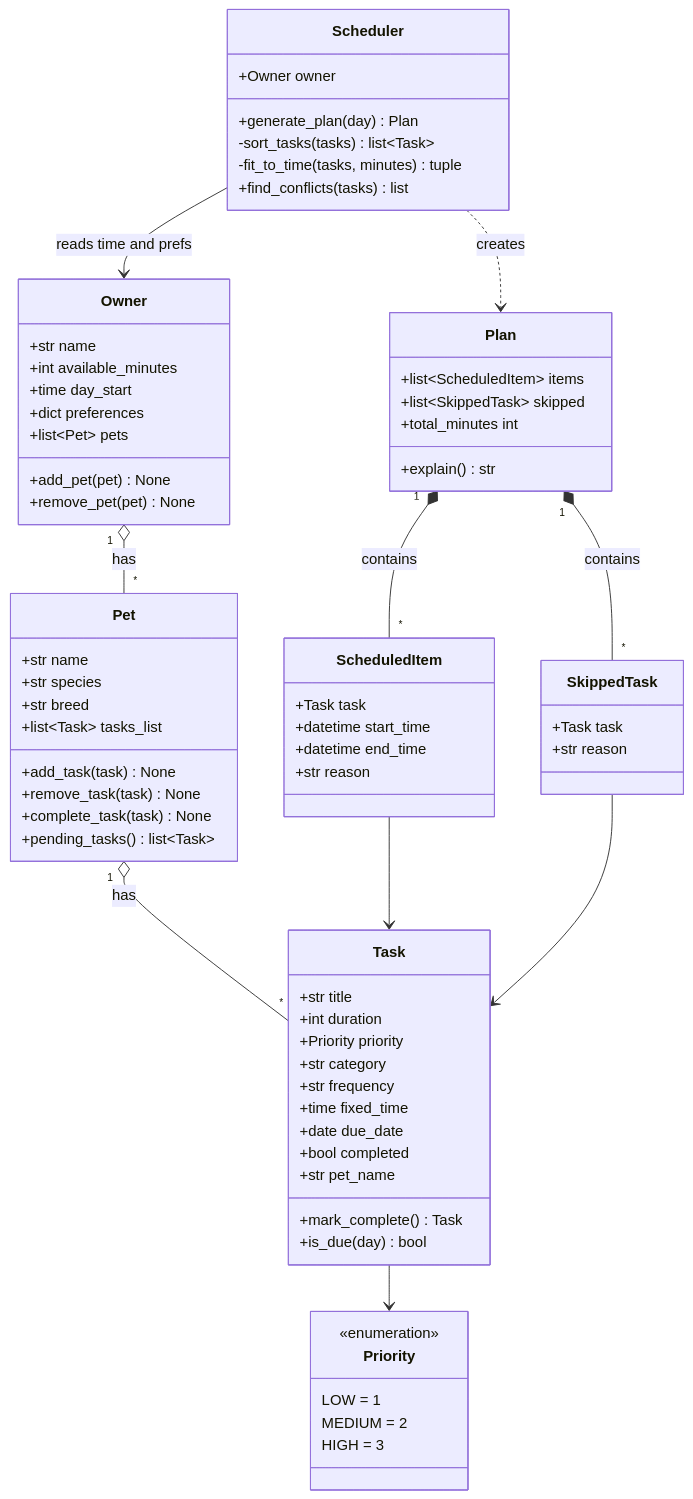
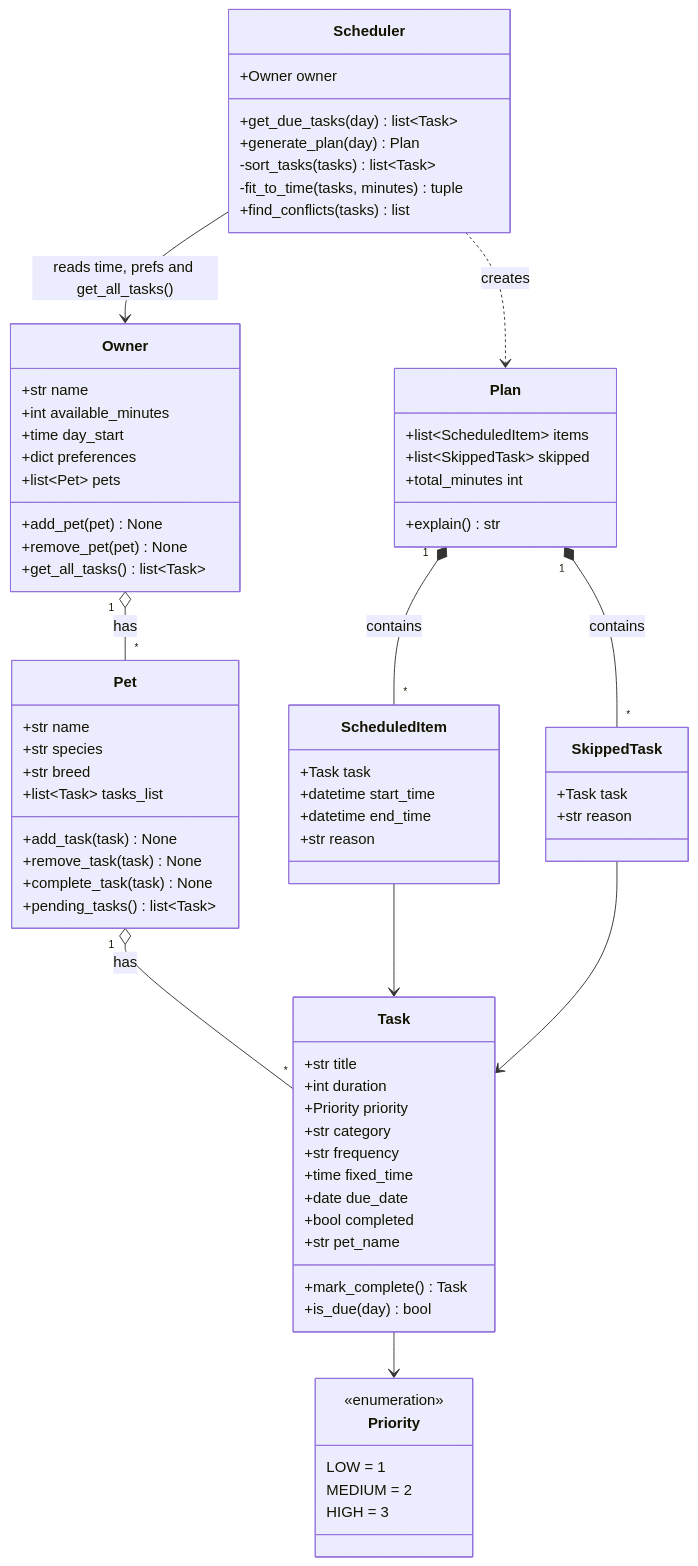
One commit to pelumiolutimehin/ai110-module2show-pawpal-starter changed the diagram in diagrams/uml.mmd. Above: the diagram before and after it, drawn with Mermaid. The commit also changed 1 other file, not shown here.

Commit message:
feat: implement Task, Pet, Owner and Scheduler logic
- Task: validate input; mark_complete returns the next occurrence on a
  fixed schedule (never in the past); is_due checks completion and due date
- Pet: add/remove/complete tasks, pending_tasks; add_task stamps pet_name
- Owner: add/remove pets (unique names), get_all_tasks across all pets
- Scheduler: read due tasks via Owner.get_all_tasks, resolve fixed-time
  conflicts by priority, fit tasks to available minutes, and place flexible
  tasks in the earliest free gap
- Update UML for get_all_tasks and get_due_tasks

```diff
--- a/diagrams/uml.mmd
+++ b/diagrams/uml.mmd
@@ -1,81 +1,83 @@
 classDiagram
     %% Draft v2 - keep updated so it matches the final implementation.
 
     class Priority {
         <<enumeration>>
         LOW = 1
         MEDIUM = 2
         HIGH = 3
     }
 
     class Owner {
         +str name
         +int available_minutes
         +time day_start
         +dict preferences
         +list~Pet~ pets
         +add_pet(pet) None
         +remove_pet(pet) None
+        +get_all_tasks() list~Task~
     }
 
     class Pet {
         +str name
         +str species
         +str breed
         +list~Task~ tasks_list
         +add_task(task) None
         +remove_task(task) None
         +complete_task(task) None
         +pending_tasks() list~Task~
     }
 
     class Task {
         +str title
         +int duration
         +Priority priority
         +str category
         +str frequency
         +time fixed_time
         +date due_date
         +bool completed
         +str pet_name
         +mark_complete() Task
         +is_due(day) bool
     }
 
     class Scheduler {
         +Owner owner
+        +get_due_tasks(day) list~Task~
         +generate_plan(day) Plan
         -sort_tasks(tasks) list~Task~
         -fit_to_time(tasks, minutes) tuple
         +find_conflicts(tasks) list
     }
 
     class Plan {
         +list~ScheduledItem~ items
         +list~SkippedTask~ skipped
         +total_minutes int
         +explain() str
     }
 
     class ScheduledItem {
         +Task task
         +datetime start_time
         +datetime end_time
         +str reason
     }
 
     class SkippedTask {
         +Task task
         +str reason
     }
 
     Owner "1" o-- "*" Pet : has
     Pet "1" o-- "*" Task : has
     Task --> Priority
-    Scheduler --> Owner : reads time and prefs
+    Scheduler --> Owner : reads time, prefs and get_all_tasks()
     Scheduler ..> Plan : creates
     Plan "1" *-- "*" ScheduledItem : contains
     Plan "1" *-- "*" SkippedTask : contains
     ScheduledItem --> Task
     SkippedTask --> Task
```
